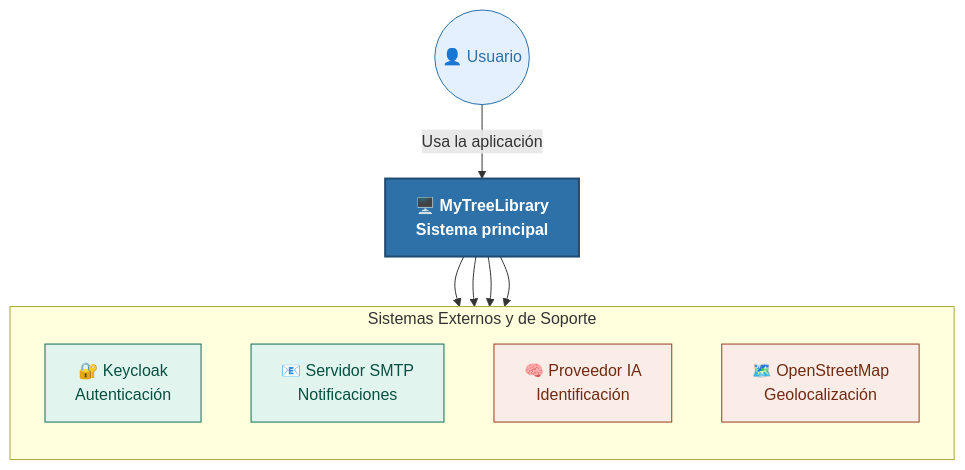
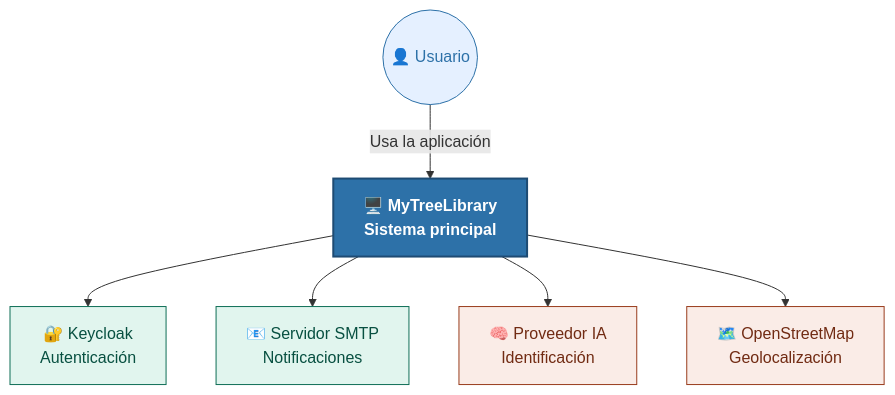
Before and after one commit to ldefrutos1/AI4Devs-finalproject: the first of 19 diagrams in readme.md, drawn with Mermaid. The commit also changed other lines of this file, not shown here.

Commit message:
Mejoreas de formato en readme.md

````diff
--- a/readme.md
+++ b/readme.md
@@ -114,28 +114,21 @@
 ```mermaid
-graph TD
-    %% Definición de estilos (CSS)
-    classDef user fill:#E5F0FF,stroke:#2D71A8,stroke-width:1px,color:#2D71A8;
-    classDef system fill:#2D71A8,stroke:#1E4B73,stroke-width:2px,color:#FFFFFF,font-weight:bold;
-    classDef soporte fill:#E1F5EE,stroke:#0F6E56,stroke-width:1px,color:#085041;
-    classDef externo fill:#FAECE7,stroke:#993C1D,stroke-width:1px,color:#712B13;
+flowchart TB
+    classDef user fill:#E5F0FF,stroke:#2D71A8,stroke-width:1px,color:#2D71A8
+    classDef system fill:#2D71A8,stroke:#1E4B73,stroke-width:2px,color:#FFF,font-weight:bold
+    classDef soporte fill:#E1F5EE,stroke:#0F6E56,stroke-width:1px,color:#085041
+    classDef externo fill:#FAECE7,stroke:#993C1D,stroke-width:1px,color:#712B13
 
-    %% Nodos
     U(("👤 Usuario")):::user
-    S["🖥️ MyTreeLibrary<br/>Sistema principal"]:::system
+    S["🖥️ MyTreeLibrary<br>Sistema principal"]:::system
 
-    %% Agrupación
-    subgraph Dependencias [Sistemas Externos y de Soporte]
-        direction TB
-        KC["🔐 Keycloak<br/>Autenticación"]:::soporte
-        SMTP["📧 Servidor SMTP<br/>Notificaciones"]:::soporte
-        PIA["🧠 Proveedor IA<br/>Identificación"]:::externo
-        MAP["🗺️ OpenStreetMap<br/>Geolocalización"]:::externo
-    end
+    KC["🔐 Keycloak<br>Autenticación"]:::soporte
+    SMTP["📧 Servidor SMTP<br>Notificaciones"]:::soporte
+    PIA["🧠 Proveedor IA<br>Identificación"]:::externo
+    MAP["🗺️ OpenStreetMap<br>Geolocalización"]:::externo
 
-    %% Relaciones
     U -->|Usa la aplicación| S
     S --> KC
     S --> SMTP
     S --> PIA
     S --> MAP
 ```
````
